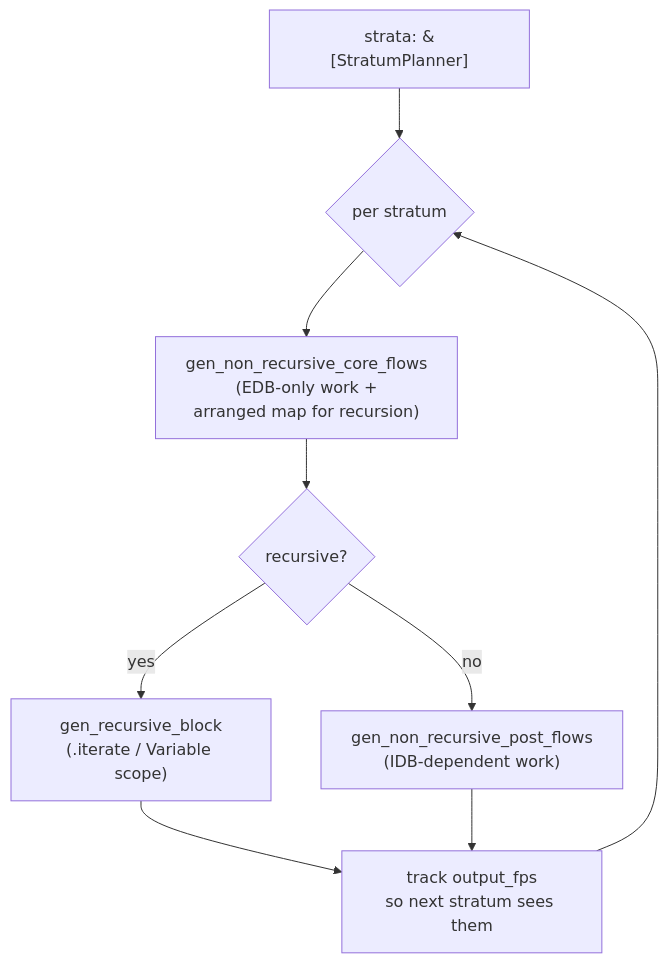
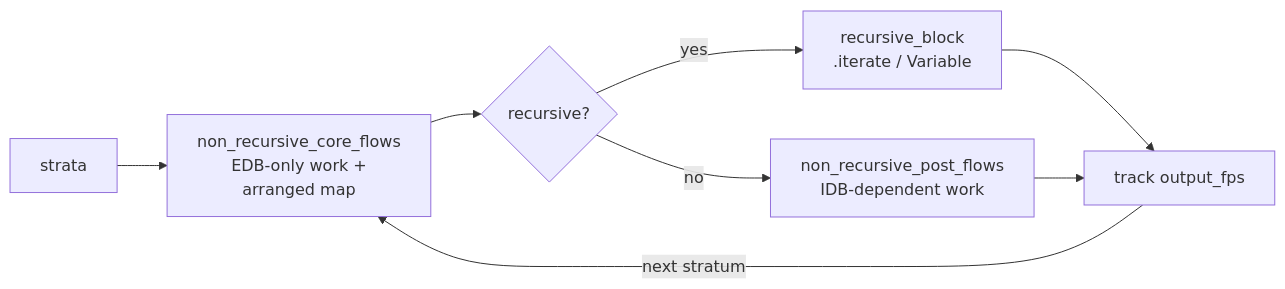
Before and after one commit to flowlog-rs/flowlog: the second of 2 diagrams in crates/flowlog-build/src/codegen/README.md, drawn with Mermaid. The commit also changed other lines of this file and 12 other files, not shown here.

````diff
--- a/crates/flowlog-build/src/codegen/README.md
+++ b/crates/flowlog-build/src/codegen/README.md
@@ -38,11 +23,10 @@
 ```mermaid
-flowchart TD
-    STRATA["strata: &[StratumPlanner]"] --> LOOP{"per stratum"}
-    LOOP --> NRC["gen_non_recursive_core_flows<br/>(EDB-only work +<br/>arranged map for recursion)"]
-    NRC --> REC{"recursive?"}
-    REC -->|"yes"| RB["gen_recursive_block<br/>(.iterate / Variable scope)"]
-    REC -->|"no"| NRP["gen_non_recursive_post_flows<br/>(IDB-dependent work)"]
-    RB --> NEXT["track output_fps<br/>so next stratum sees them"]
-    NRP --> NEXT
-    NEXT --> LOOP
+flowchart LR
+    strata --> nrc[non_recursive_core_flows<br/>EDB-only work +<br/>arranged map]
+    nrc --> rec{recursive?}
+    rec -->|yes| rb[recursive_block<br/>.iterate / Variable]
+    rec -->|no| nrp[non_recursive_post_flows<br/>IDB-dependent work]
+    rb --> next[track output_fps]
+    nrp --> next
+    next -->|next stratum| nrc
 ```
````
